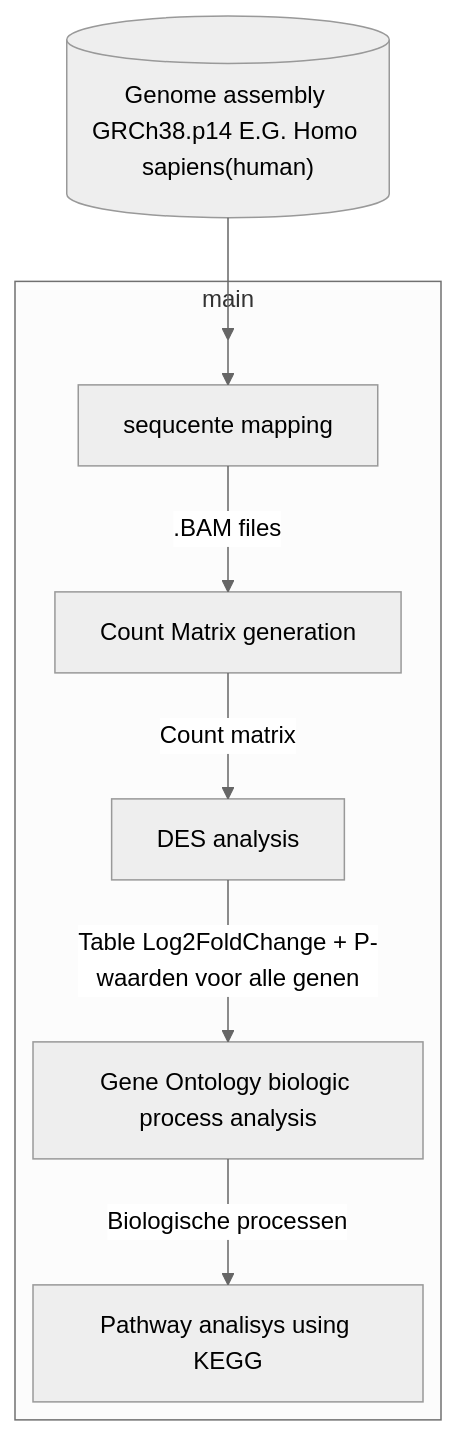
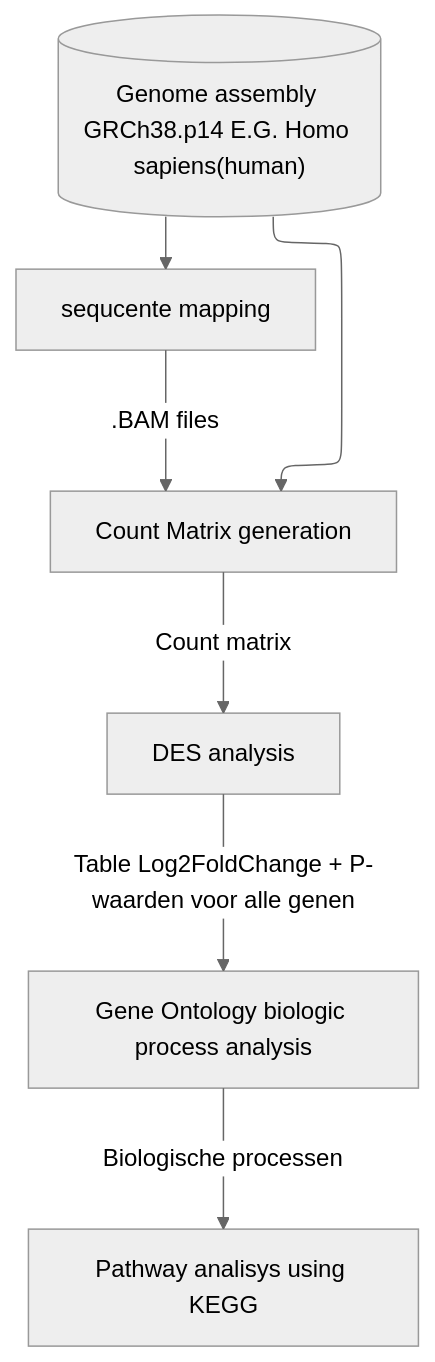
One commit to Quantum-Coder826/J2P4casusTranscriptomics changed the diagram in README.md. Above: the diagram before and after it, drawn with Mermaid (neutral theme).

````diff
--- a/README.md
+++ b/README.md
@@ -38,29 +38,24 @@
 ```mermaid
 flowchart-elk TD;
   
-  HG38[("Genome assembly GRCh38.p14 E.G. Homo sapiens(human)")] --> hidden
-  
-  click HG38 "https://www.ncbi.nlm.nih.gov/datasets/genome/GCF_000001405.40/";
-  
-  subgraph main;
-    direction LR;
+  HG38[("Genome assembly GRCh38.p14 E.G. Homo sapiens(human)")] 
+  HG38 --> seq_map
+  HG38 --> matrix
     
-    hidden:::hidden --> seq_map;
+  seq_map[sequcente mapping] -->|".BAM files"| matrix;
+  matrix[Count Matrix generation] -->|"Count matrix"| data_ana;
+  data_ana[DES analysis] -->|"Table Log2FoldChange + P-waarden voor alle genen"| GO_ana;
+  GO_ana[Gene Ontology biologic process analysis] -->|"Biologische processen"| KEGG_ana;
+  KEGG_ana[Pathway analisys using KEGG];
     
-    seq_map[sequcente mapping] -->|".BAM files"| matrix;
-    matrix[Count Matrix generation] -->|"Count matrix"| data_ana;
-    data_ana[DES analysis] -->|"Table Log2FoldChange + P-waarden voor alle genen"| GO_ana;
-    GO_ana[Gene Ontology biologic process analysis] -->|"Biologische processen"| KEGG_ana;
-    KEGG_ana[Pathway analisys using KEGG];
-    
-  end;
-  
   click seq_map "https://github.com/Quantum-Coder826/J2P4casusTranscriptomics/blob/main/scripts/seq_mapping.R";
   click matrix "https://github.com/Quantum-Coder826/J2P4casusTranscriptomics/blob/main/scripts/count_matrix.R";
   click data_ana "https://github.com/Quantum-Coder826/J2P4casusTranscriptomics/blob/main/scripts/data_ana.R";
   click GO_ana "https://github.com/Quantum-Coder826/J2P4casusTranscriptomics/blob/main/scripts/GO_analysis.R";
   click KEGG_ana "https://github.com/Quantum-Coder826/J2P4casusTranscriptomics/blob/main/scripts/KEGG_analysis.R";
   
+  click HG38 "https://www.ncbi.nlm.nih.gov/datasets/genome/GCF_000001405.40/";
+  
   classDef hidden display: none;
 
 ```
````
